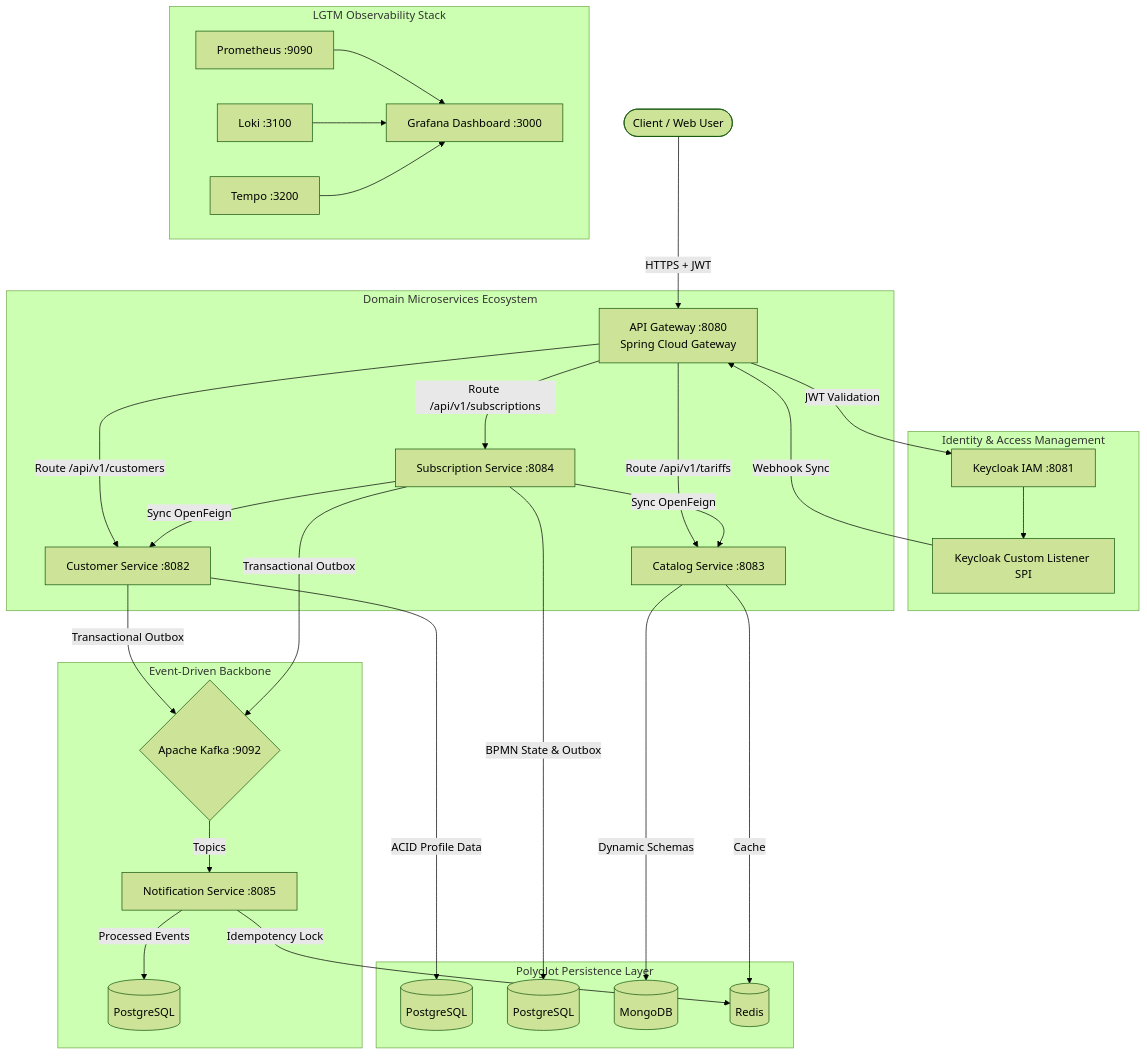
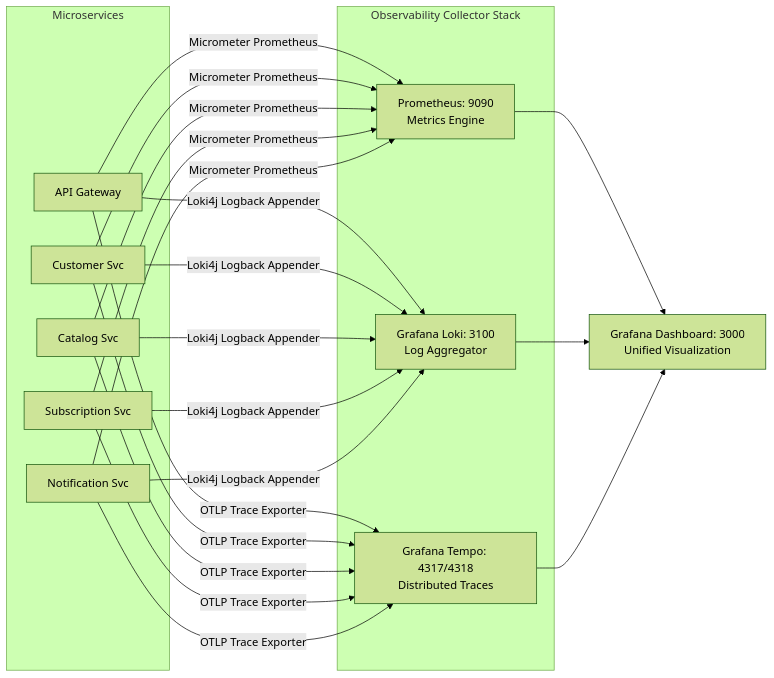
One commit to mahmutyukselci/telecom-crm-public changed the third of 3 diagrams in README.md. Above: the diagram before and after it, drawn with Mermaid (forest theme). The commit also changed other lines of this file and 79 other files, not shown here.

````diff
--- a/README.md
+++ b/README.md
@@ -26,48 +397,26 @@
 ```mermaid
-graph TD
-    User([Client / Web User]) -->|HTTPS + JWT| Gateway[API Gateway :8080<br/>Spring Cloud Gateway]
-    
-    subgraph IAM ["Identity & Access Management"]
-        KC[Keycloak IAM :8081]
-        SPI[Keycloak Custom Listener SPI]
-        KC --> SPI
+flowchart LR
+    subgraph Microservices
+        App1[API Gateway]
+        App2[Customer Svc]
+        App3[Catalog Svc]
+        App4[Subscription Svc]
+        App5[Notification Svc]
     end
 
-    Gateway -->|JWT Validation| KC
-    SPI -->|Webhook Sync| Gateway
-
-    subgraph Microservices ["Domain Microservices Ecosystem"]
-        Gateway -->|Route /api/v1/customers| CustSvc[Customer Service :8082]
-        Gateway -->|Route /api/v1/tariffs| CatSvc[Catalog Service :8083]
-        Gateway -->|Route /api/v1/subscriptions| SubSvc[Subscription Service :8084]
-        
-        SubSvc -->|Sync OpenFeign| CatSvc
-        SubSvc -->|Sync OpenFeign| CustSvc
+    subgraph Observability Collector Stack
+        Prometheus[Prometheus: 9090<br/>Metrics Engine]
+        Loki[Grafana Loki: 3100<br/>Log Aggregator]
+        Tempo[Grafana Tempo: 4317/4318<br/>Distributed Traces]
     end
 
-    subgraph DataLayer ["Polyglot Persistence Layer"]
-        CustSvc -->|ACID Profile Data| PG_Cust[(PostgreSQL)]
-        SubSvc -->|BPMN State & Outbox| PG_Sub[(PostgreSQL)]
-        CatSvc -->|Dynamic Schemas| Mongo[(MongoDB)]
-        CatSvc -->|Cache| Redis[(Redis)]
-    end
+    Grafana[Grafana Dashboard: 3000<br/>Unified Visualization]
 
-    subgraph EventStreaming ["Event-Driven Backbone"]
-        CustSvc -->|Transactional Outbox| Kafka{Apache Kafka :9092}
-        SubSvc -->|Transactional Outbox| Kafka
-        Kafka -->|Topics| NotifSvc[Notification Service :8085]
-        NotifSvc -->|Idempotency Lock| Redis
-        NotifSvc -->|Processed Events| PG_Notif[(PostgreSQL)]
-    end
+    App1 & App2 & App3 & App4 & App5 -->|Micrometer Prometheus| Prometheus
+    App1 & App2 & App3 & App4 & App5 -->|Loki4j Logback Appender| Loki
+    App1 & App2 & App3 & App4 & App5 -->|OTLP Trace Exporter| Tempo
 
-    subgraph Observability ["LGTM Observability Stack"]
-        Prom[Prometheus :9090]
-        Loki[Loki :3100]
-        Tempo[Tempo :3200]
-        Grafana[Grafana Dashboard :3000]
-        
-        Prom --> Grafana
-        Loki --> Grafana
-        Tempo --> Grafana
-    end
+    Prometheus --> Grafana
+    Loki --> Grafana
+    Tempo --> Grafana
 ```
````
